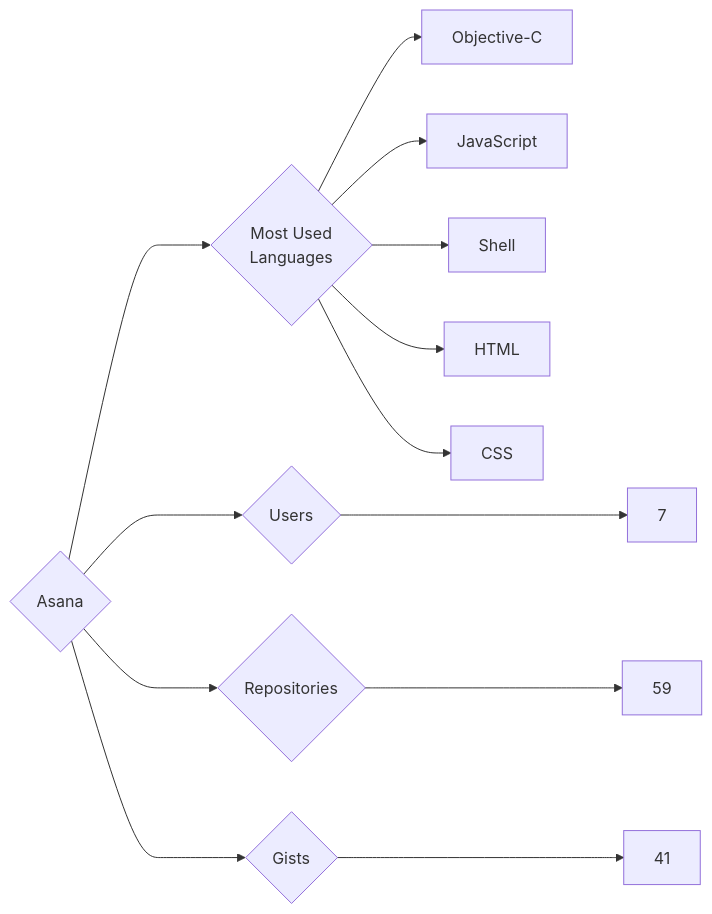
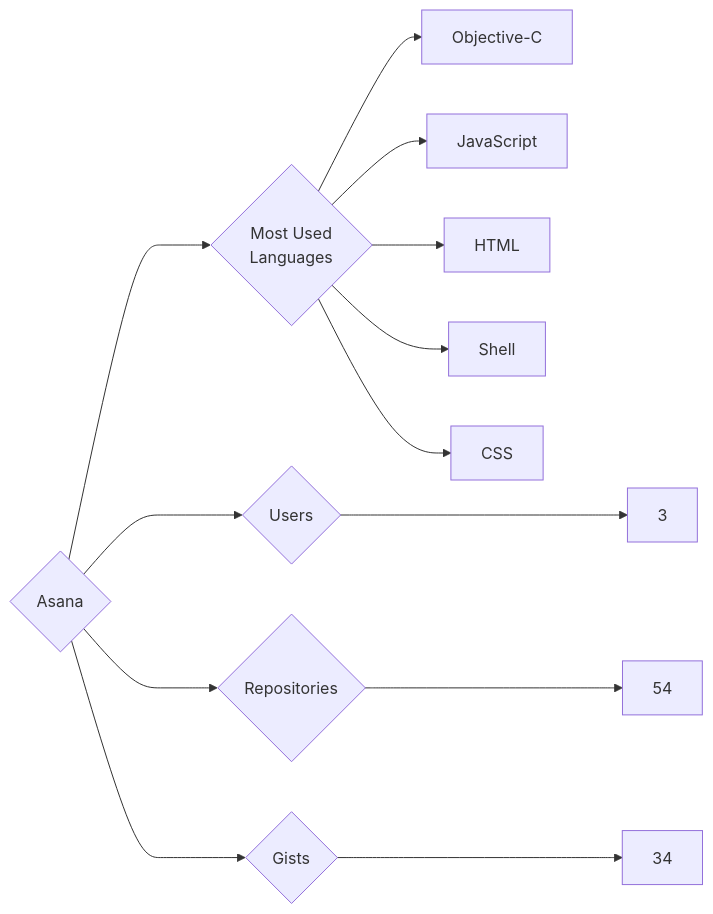
The diagram in targets/Asana/README.md (trickest/insiders), drawn with Mermaid before and after one commit. The commit also changed 993 other files, not shown here.

````diff
--- a/targets/Asana/README.md
+++ b/targets/Asana/README.md
@@ -3,13 +3,13 @@
 ```mermaid
 graph LR
 COMPANY_NAME{Asana}
-COMPANY_NAME ---> U{Users} ---> UN[7]
-COMPANY_NAME ---> R{Repositories} ---> RN[59]
-COMPANY_NAME ---> G{Gists} ---> GN[41]
+COMPANY_NAME ---> U{Users} ---> UN[3]
+COMPANY_NAME ---> R{Repositories} ---> RN[54]
+COMPANY_NAME ---> G{Gists} ---> GN[34]
 COMPANY_NAME ---> ML{Most Used<br>Languages}
 ML --> Objective-C[Objective-C]
 ML --> JavaScript[JavaScript]
+ML --> HTML[HTML]
 ML --> Shell[Shell]
-ML --> HTML[HTML]
 ML --> CSS[CSS]
 ```
````
